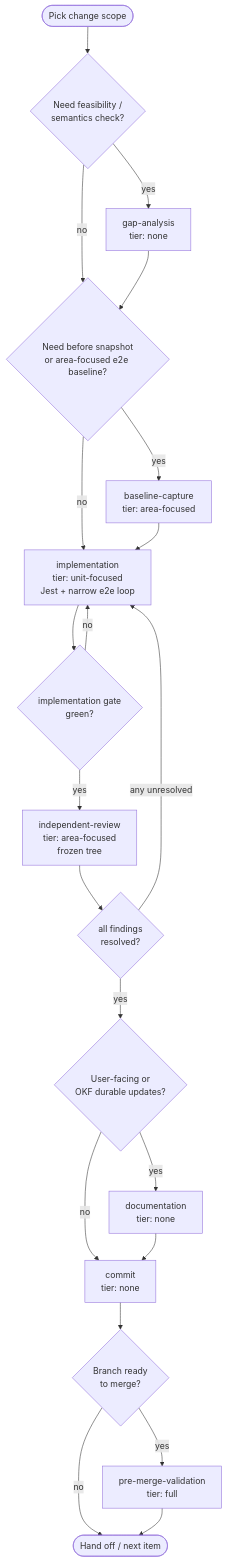
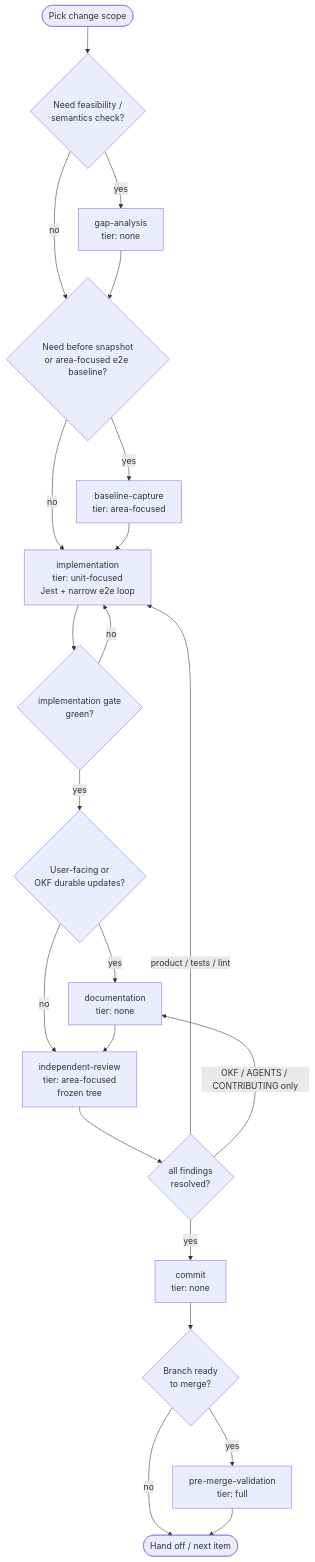
One commit to invertase/react-native-firebase changed the first of 3 diagrams in okf-bundle/testing/change-authoring-workflow.md. Above: the diagram before and after it, drawn with Mermaid. The commit also changed other lines of this file and 22 other files, not shown here.

````diff
--- a/okf-bundle/testing/change-authoring-workflow.md
+++ b/okf-bundle/testing/change-authoring-workflow.md
@@ -17,32 +17,33 @@
 ```mermaid
 flowchart TD
   START([Pick change scope]) --> GA{Need feasibility /<br/>semantics check?}
   GA -->|yes| GAP["gap-analysis<br/>tier: none"]
   GA -->|no| BC{Need before snapshot<br/>or area-focused e2e baseline?}
   GAP --> BC
 
   BC -->|yes| BASE["baseline-capture<br/>tier: area-focused"]
   BC -->|no| IMPL
   BASE --> IMPL
 
   IMPL["implementation<br/>tier: unit-focused<br/>Jest + narrow e2e loop"]
   IMPL --> IG{implementation gate<br/>green?}
   IG -->|no| IMPL
-  IG -->|yes| REV
+  IG -->|yes| DOC
+
+  DOC{User-facing or<br/>OKF durable updates?}
+  DOC -->|yes| DOCS["documentation<br/>tier: none"]
+  DOC -->|no| REV
+  DOCS --> REV
 
   REV["independent-review<br/>tier: area-focused<br/>frozen tree"]
   REV --> RG{all findings<br/>resolved?}
-  RG -->|any unresolved| IMPL
-  RG -->|yes| DOC
-
-  DOC{User-facing or<br/>OKF durable updates?}
-  DOC -->|yes| DOCS["documentation<br/>tier: none"]
-  DOC -->|no| COMMIT
-  DOCS --> COMMIT
+  RG -->|product / tests / lint| IMPL
+  RG -->|OKF / AGENTS / CONTRIBUTING only| DOCS
+  RG -->|yes| COMMIT
 
   COMMIT["commit<br/>tier: none"]
   COMMIT --> PM{Branch ready<br/>to merge?}
   PM -->|yes| FULL["pre-merge-validation<br/>tier: full"]
   PM -->|no| END([Hand off / next item])
   FULL --> END
 ```
````
